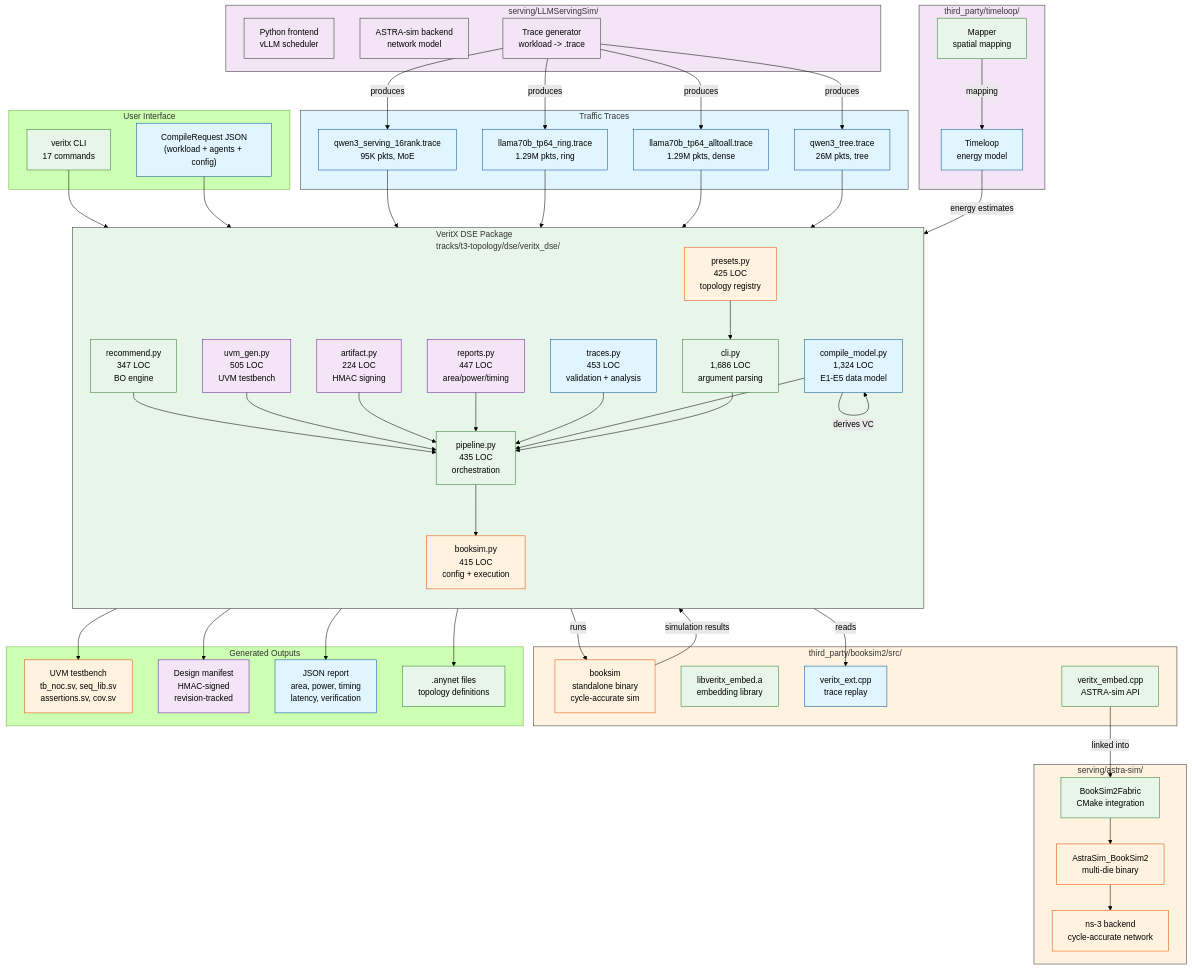
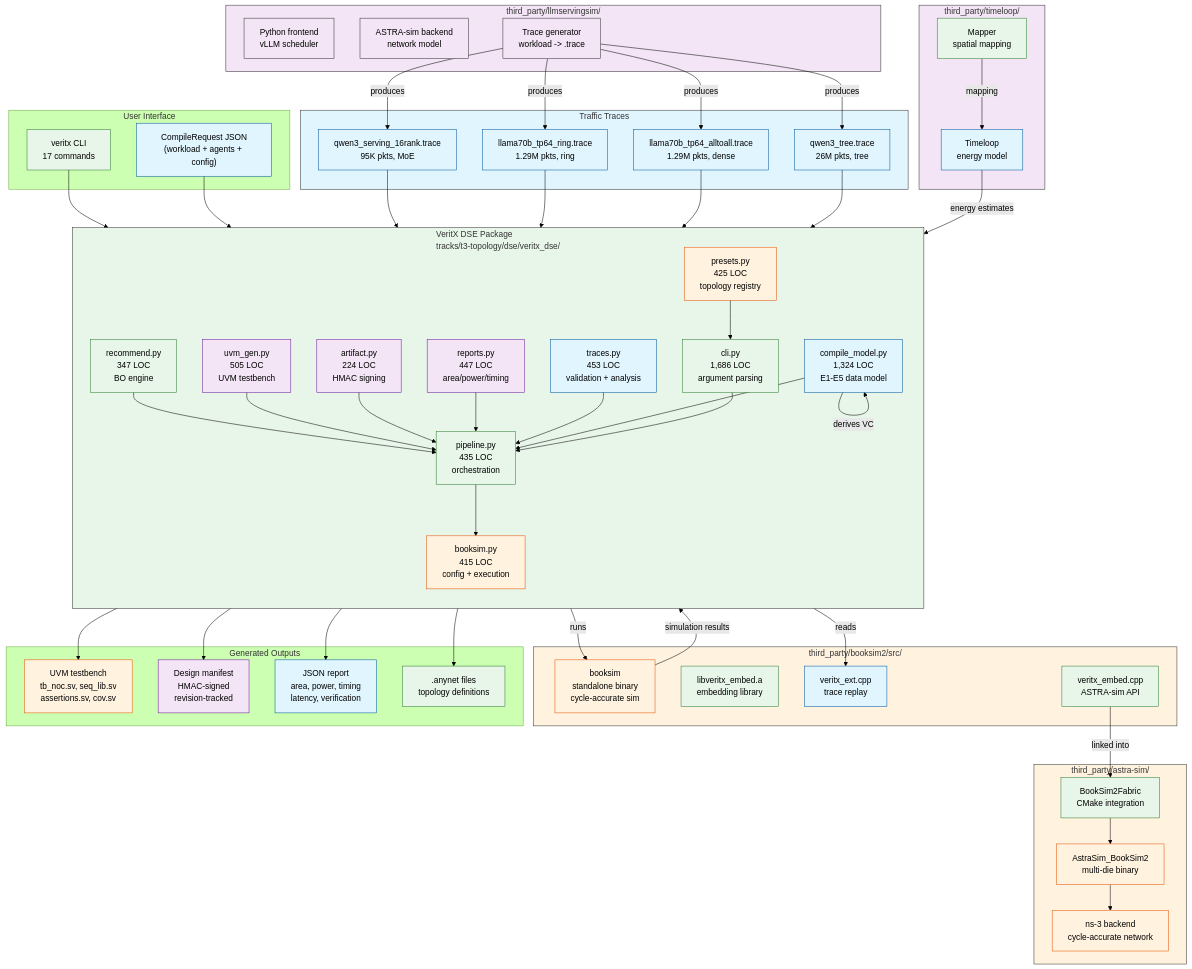
Before and after one commit to Anmol-S314/veritx-research: the fourth of 15 diagrams in tracks/t3-topology/dse/README.md, drawn with Mermaid (forest theme). The commit also changed other lines of this file and 4 other files, not shown here.

```diff
--- a/tracks/t3-topology/dse/README.md
+++ b/tracks/t3-topology/dse/README.md
@@ -1106,13 +764,13 @@
         B4["veritx_embed.cpp\nASTRA-sim API"]
     end
 
-    subgraph ASTRA["serving/astra-sim/"]
+    subgraph ASTRA["third_party/astra-sim/"]
         A1["AstraSim_BookSim2\nmulti-die binary"]
         A2["BookSim2Fabric\nCMake integration"]
         A3["ns-3 backend\ncycle-accurate network"]
     end
 
-    subgraph LLM["serving/LLMServingSim/"]
+    subgraph LLM["third_party/llmservingsim/"]
         L1["Python frontend\nvLLM scheduler"]
         L2["ASTRA-sim backend\nnetwork model"]
         L3["Trace generator\nworkload -> .trace"]
```
